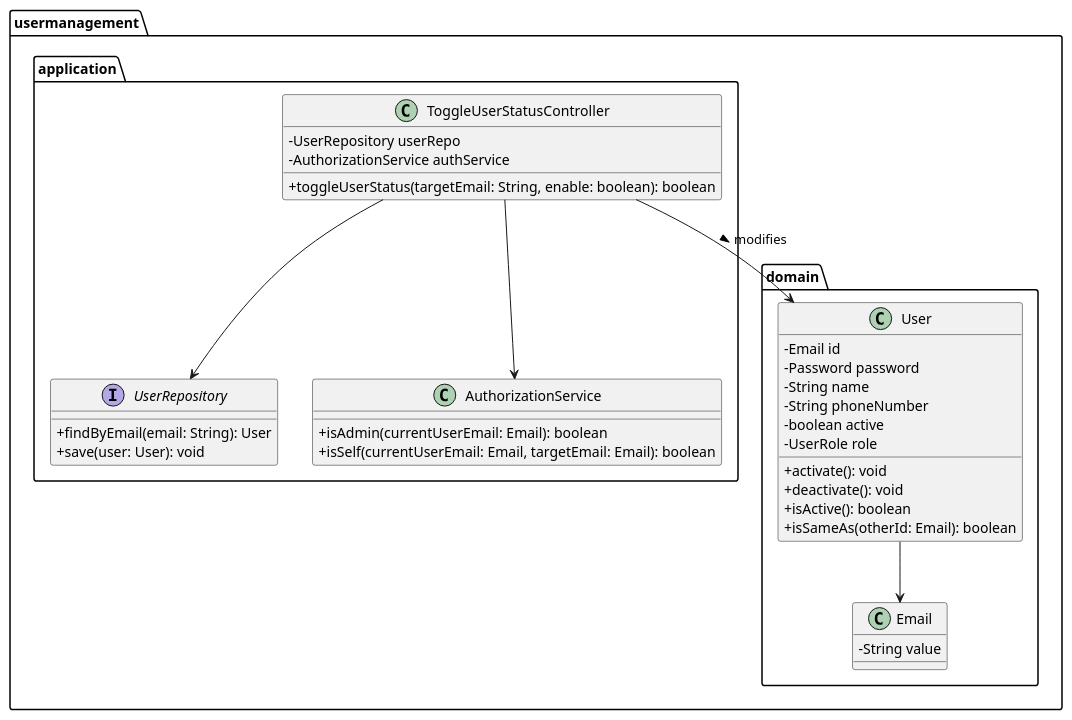
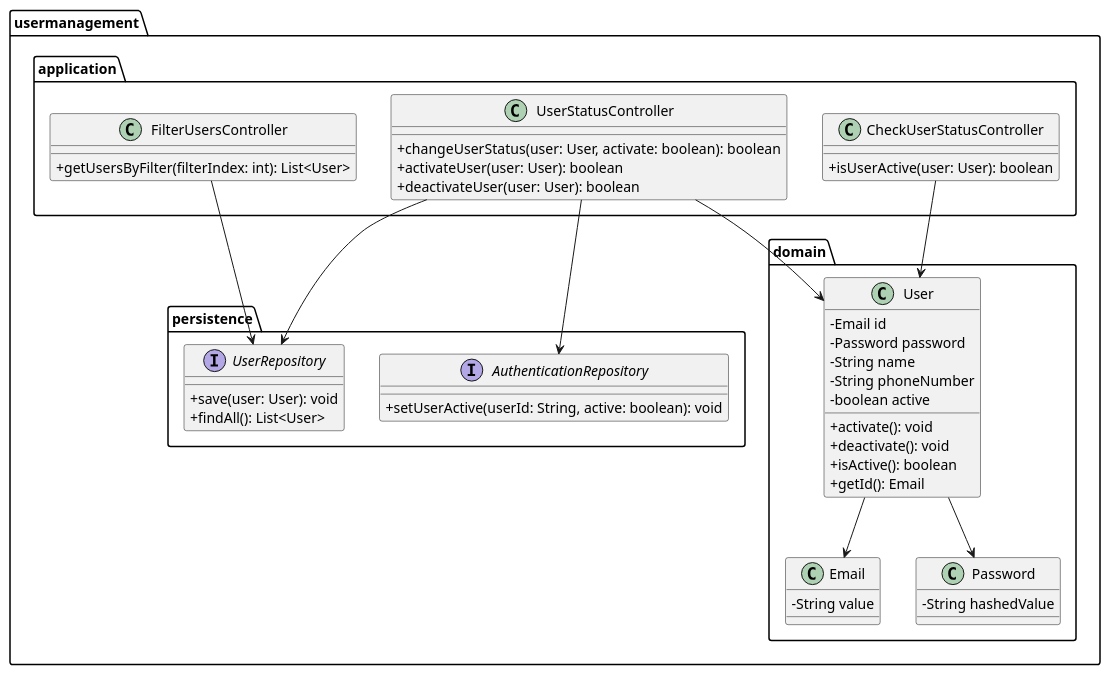
One commit to SAEmanuel/Shodrone_ISEP changed the diagram in docs/planning/sprint2/EAPLI/US212 - Disable or enable users/03.design/puml/class_diagram.puml. Above: the diagram before and after it, drawn with PlantUML. The commit also changed 12 other files, not shown here.

```diff
--- a/docs/planning/sprint2/EAPLI/US212 - Disable or enable users/03.design/puml/class_diagram.puml
+++ b/docs/planning/sprint2/EAPLI/US212 - Disable or enable users/03.design/puml/class_diagram.puml
@@ -1,47 +1,62 @@
 @startuml
 skinparam classAttributeIconSize 0
 
 package "usermanagement.domain" {
     class User {
         - Email id
         - Password password
         - String name
         - String phoneNumber
         - boolean active
-        - UserRole role
         + activate(): void
         + deactivate(): void
         + isActive(): boolean
-        + isSameAs(otherId: Email): boolean
+        + getId(): Email
     }
 
     class Email {
         - String value
     }
 
+    class Password {
+        - String hashedValue
+    }
+
     User --> Email
+    User --> Password
 }
 
 package "usermanagement.application" {
-    class ToggleUserStatusController {
-        - UserRepository userRepo
-        - AuthorizationService authService
-        + toggleUserStatus(targetEmail: String, enable: boolean): boolean
+    class FilterUsersController {
+        + getUsersByFilter(filterIndex: int): List<User>
     }
 
-    interface UserRepository {
-        + findByEmail(email: String): User
-        + save(user: User): void
+    class CheckUserStatusController {
+        + isUserActive(user: User): boolean
     }
 
-    class AuthorizationService {
-        + isAdmin(currentUserEmail: Email): boolean
-        + isSelf(currentUserEmail: Email, targetEmail: Email): boolean
+    class UserStatusController {
+        + changeUserStatus(user: User, activate: boolean): boolean
+        + activateUser(user: User): boolean
+        + deactivateUser(user: User): boolean
     }
 }
 
-ToggleUserStatusController --> UserRepository
-ToggleUserStatusController --> AuthorizationService
-ToggleUserStatusController --> User : modifies >
+package "usermanagement.persistence" {
+    interface UserRepository {
+        + save(user: User): void
+        + findAll(): List<User>
+    }
+
+    interface AuthenticationRepository {
+        + setUserActive(userId: String, active: boolean): void
+    }
+}
+
+FilterUsersController --> UserRepository
+CheckUserStatusController --> User
+UserStatusController --> User
+UserStatusController --> UserRepository
+UserStatusController --> AuthenticationRepository
 
 @enduml
```
